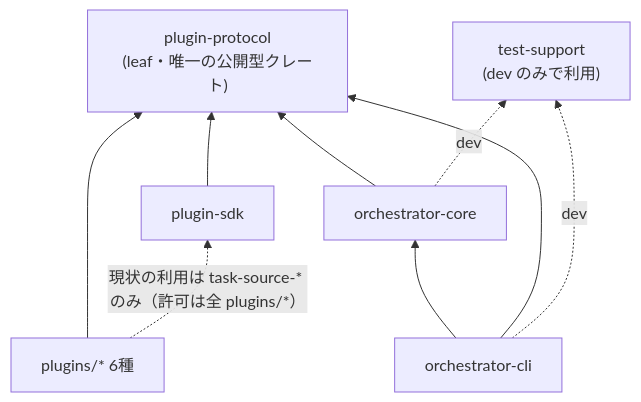
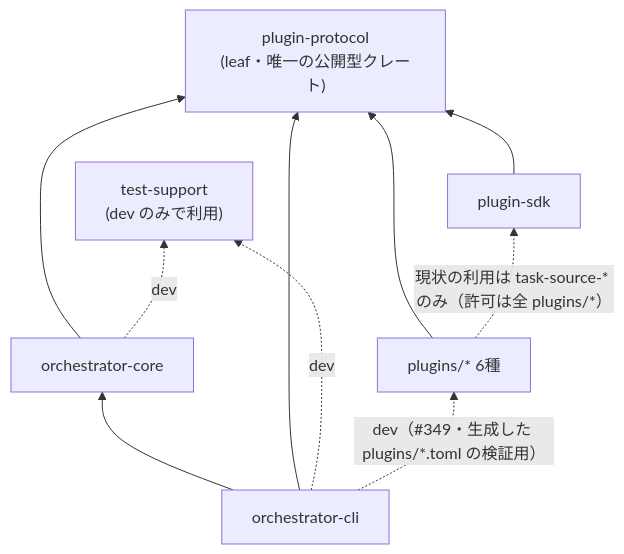
The diagram in docs/architecture/workspace-dependency-rules.md (tomoya-k31/totsuka), drawn with Mermaid before and after one commit. The commit also changed other lines of this file and 12 other files, not shown here.

First line of the commit message:
feat(cli): setup にプラグイン導入・plugins/*.toml 生成・doctor を追加する (#364)

````diff
--- a/docs/architecture/workspace-dependency-rules.md
+++ b/docs/architecture/workspace-dependency-rules.md
@@ -17,18 +17,19 @@
 ```mermaid
 graph BT
     protocol["plugin-protocol<br/>(leaf・唯一の公開型クレート)"]
     sdk["plugin-sdk"]
     core["orchestrator-core"]
     cli["orchestrator-cli"]
     plugins["plugins/* 6種"]
     ts["test-support<br/>(dev のみで利用)"]
 
     sdk --> protocol
     core --> protocol
     cli --> core
     cli --> protocol
     plugins --> protocol
     plugins -. "現状の利用は task-source-* のみ（許可は全 plugins/*）" .-> sdk
     core -. dev .-> ts
     cli -. dev .-> ts
+    cli -. "dev（#349・生成した plugins/*.toml の検証用）" .-> plugins
 ```
````
